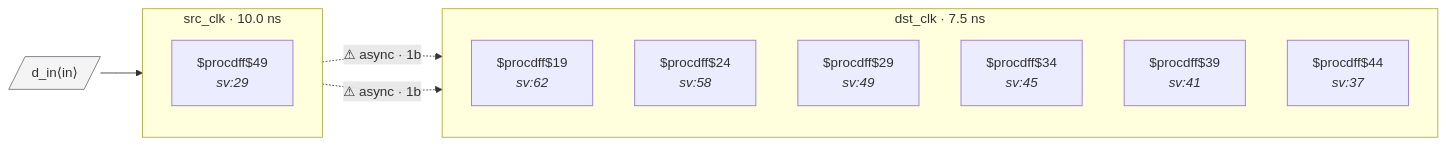
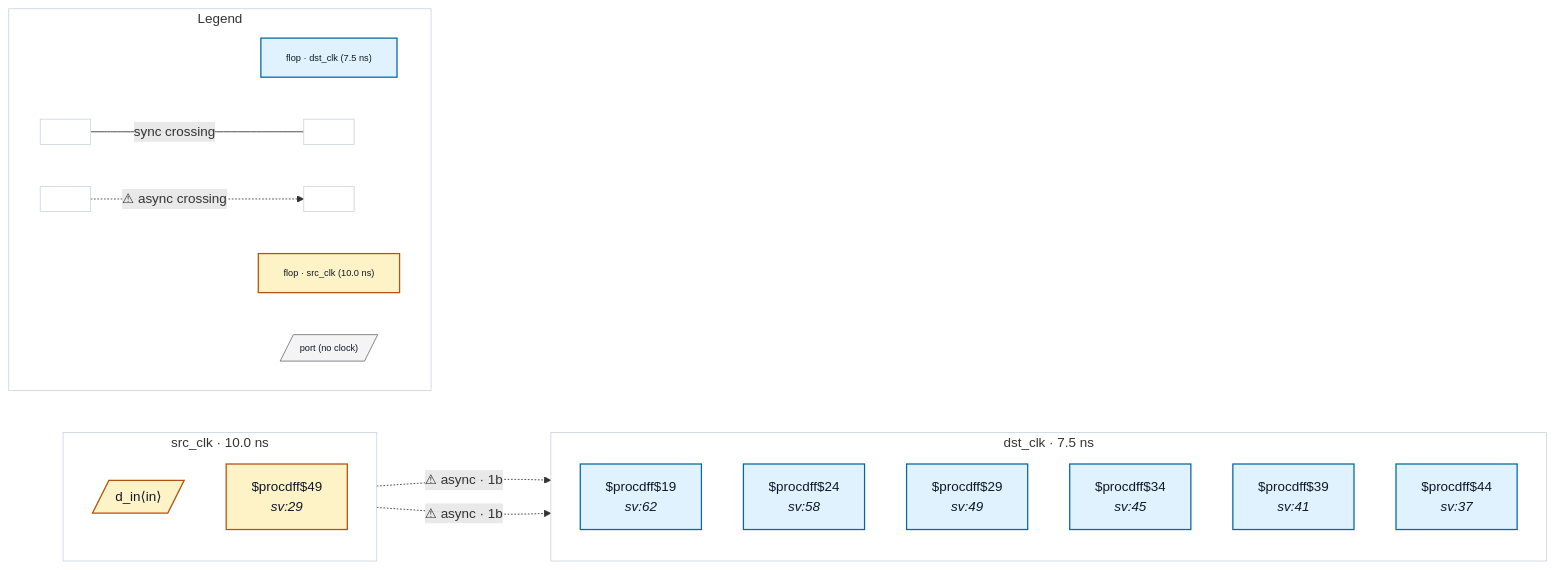
The diagram in tests/fixtures/good_single_source_fanout_sync_chains/README.md (rtl-buddy/rtl-buddy-cdc), drawn with Mermaid before and after one commit. The commit also changed 71 other files, not shown here.

First line of the commit message:
Refresh fixture READMEs + render iterations (colors, legend, nested ports, clock-net edges)

````diff
--- a/tests/fixtures/good_single_source_fanout_sync_chains/README.md
+++ b/tests/fixtures/good_single_source_fanout_sync_chains/README.md
@@ -20,22 +20,46 @@
 ```mermaid
 %% good_single_source_fanout_sync_chains — generated by rtl-buddy-cdc render
 flowchart LR
   subgraph clk_dst_clk["dst_clk · 7.5 ns"]
     direction TB
-    f_445f7e9e["$procdff$19<br/><i>sv:62</i>"]
-    f_8a09f3d1["$procdff$24<br/><i>sv:58</i>"]
-    f_c41cd9ec["$procdff$29<br/><i>sv:49</i>"]
-    f_01d11ae8["$procdff$34<br/><i>sv:45</i>"]
-    f_dcc1b3de["$procdff$39<br/><i>sv:41</i>"]
-    f_d4506010["$procdff$44<br/><i>sv:37</i>"]
+    f_445f7e9e["$procdff$19<br/><i>sv:62</i>"]:::ckcls_dst_clk
+    f_8a09f3d1["$procdff$24<br/><i>sv:58</i>"]:::ckcls_dst_clk
+    f_c41cd9ec["$procdff$29<br/><i>sv:49</i>"]:::ckcls_dst_clk
+    f_01d11ae8["$procdff$34<br/><i>sv:45</i>"]:::ckcls_dst_clk
+    f_dcc1b3de["$procdff$39<br/><i>sv:41</i>"]:::ckcls_dst_clk
+    f_d4506010["$procdff$44<br/><i>sv:37</i>"]:::ckcls_dst_clk
   end
   subgraph clk_src_clk["src_clk · 10.0 ns"]
     direction TB
-    f_bb2540ab["$procdff$49<br/><i>sv:29</i>"]
+    p_in_d_in[/"d_in⟨in⟩"/]:::ckcls_src_clk
+    f_bb2540ab["$procdff$49<br/><i>sv:29</i>"]:::ckcls_src_clk
   end
-  p_in_d_in[/"d_in⟨in⟩"/]:::port
-  p_in_d_in --> f_bb2540ab
   f_bb2540ab -. "⚠ async · 1b" .-> f_01d11ae8
   f_bb2540ab -. "⚠ async · 1b" .-> f_d4506010
-  classDef port fill:#f4f4f5,stroke:#71717a
+  subgraph rb_legend["Legend"]
+    direction LR
+    lg_clk_dst_clk["flop · dst_clk (7.5 ns)"]:::ckcls_dst_clk
+    lg_clk_src_clk["flop · src_clk (10.0 ns)"]:::ckcls_src_clk
+    lg_port[/"port (no clock)"/]:::port_unassigned
+    lg_sync_a[" "]:::ckcls_legend_neutral
+    lg_sync_b[" "]:::ckcls_legend_neutral
+    lg_async_a[" "]:::ckcls_legend_neutral
+    lg_async_b[" "]:::ckcls_legend_neutral
+    lg_sync_a --- |"sync crossing"| lg_sync_b
+    lg_async_a -. "⚠ async crossing" .-> lg_async_b
+  end
+  style clk_dst_clk fill:none,stroke:#cbd5e1
+  style clk_src_clk fill:none,stroke:#cbd5e1
+  style rb_legend fill:none,stroke:#cbd5e1
+  style lg_clk_dst_clk font-size:11px
+  style lg_clk_src_clk font-size:11px
+  style lg_port font-size:11px
+  style lg_sync_a font-size:11px
+  style lg_sync_b font-size:11px
+  style lg_async_a font-size:11px
+  style lg_async_b font-size:11px
+  classDef ckcls_dst_clk fill:#e0f2fe,stroke:#0369a1,stroke-width:1.5px,color:#0f172a
+  classDef ckcls_src_clk fill:#fef3c7,stroke:#b45309,stroke-width:1.5px,color:#0f172a
+  classDef port_unassigned fill:#f4f4f5,stroke:#71717a,color:#0f172a
+  classDef ckcls_legend_neutral fill:#ffffff,stroke:#cbd5e1,stroke-width:1px,color:#0f172a
 ```
````
